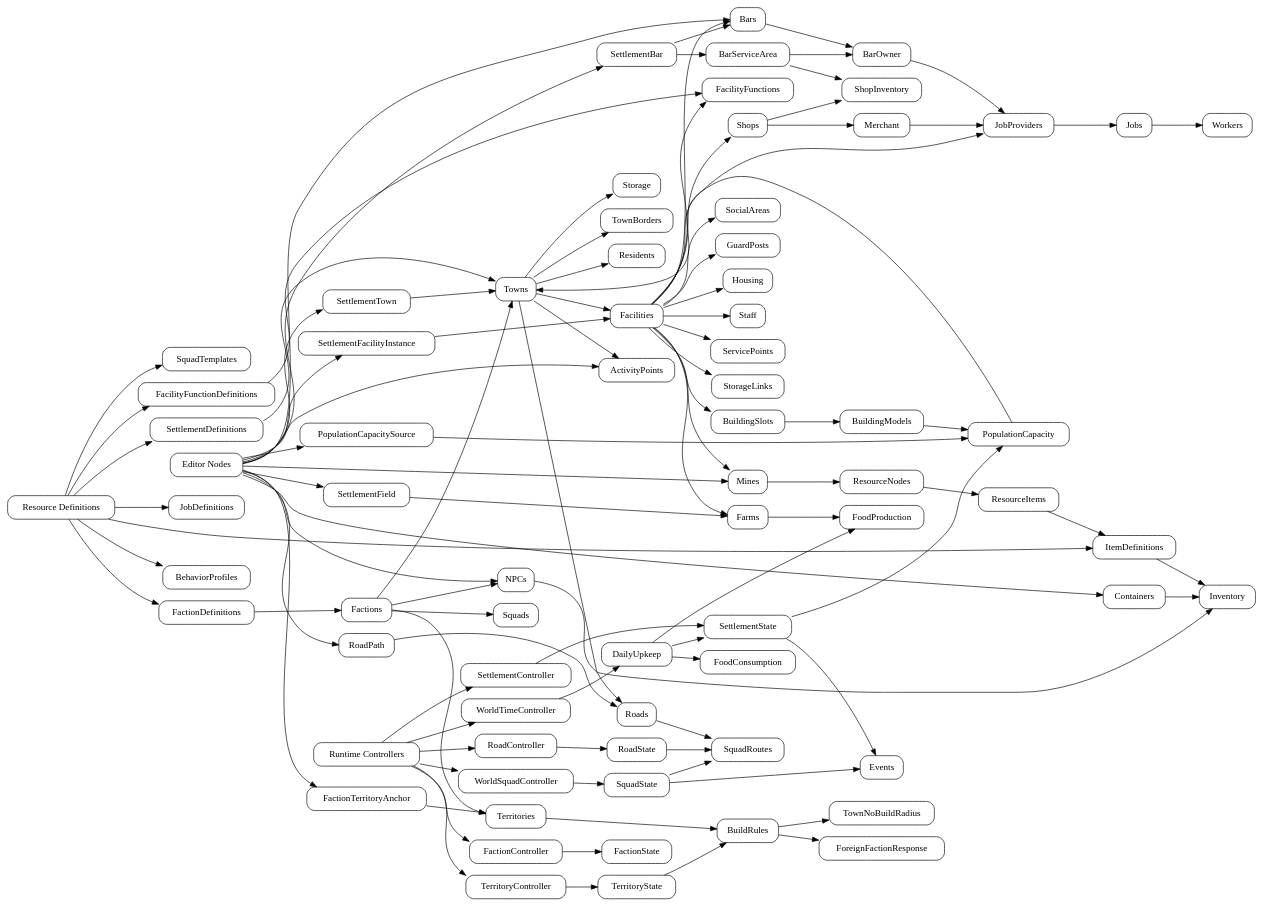
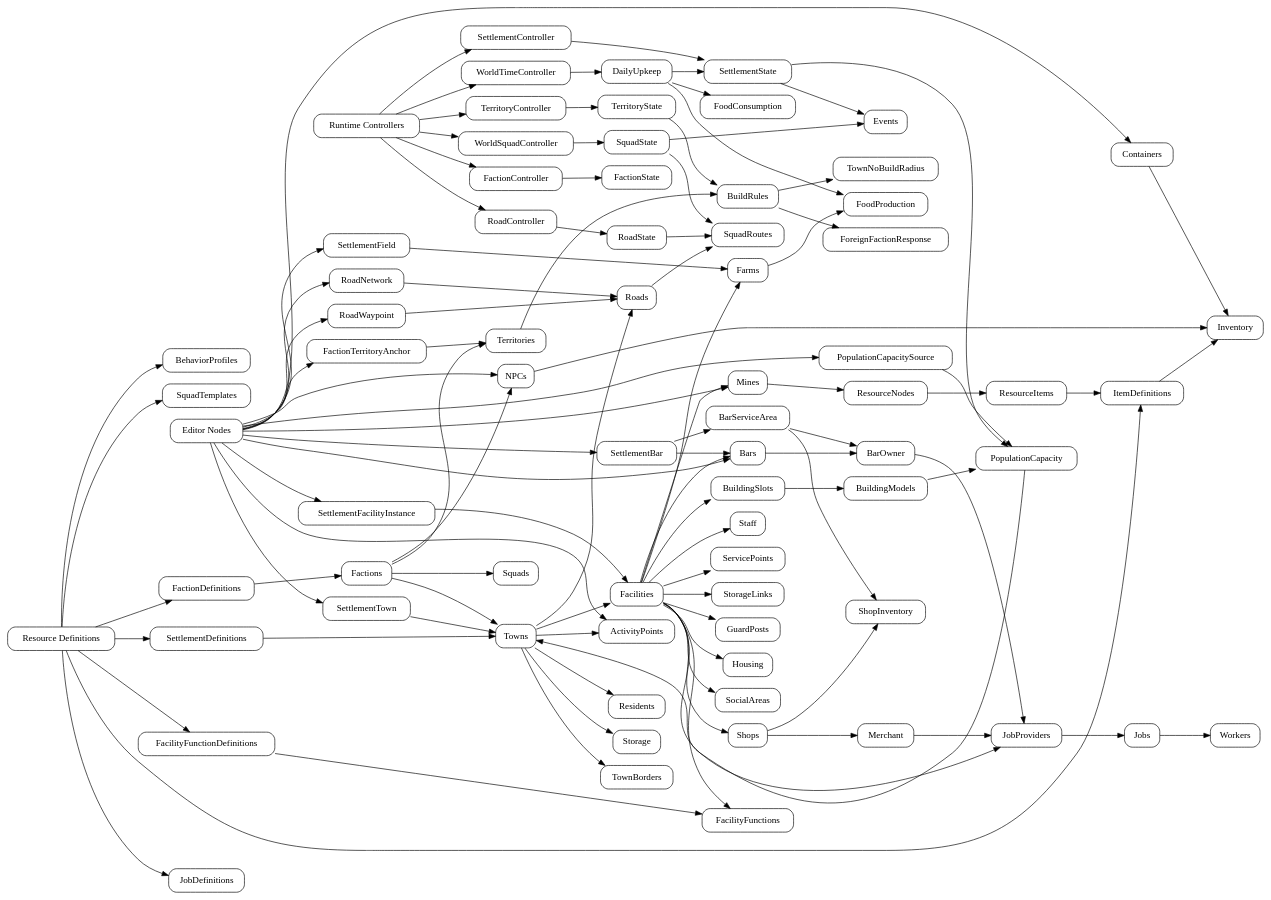
The diagram in architecture/game-data.md (dustinc555/mygame), drawn with Graphviz before and after one commit. The commit also changed other lines of this file and 17 other files, not shown here.

Commit message:
add editor-authored road waypoint graph

```diff
--- a/architecture/game-data.md
+++ b/architecture/game-data.md
@@ -29,7 +29,8 @@
 
   Nodes -> SettlementTown;
   Nodes -> FactionTerritoryAnchor;
-  Nodes -> RoadPath;
+  Nodes -> RoadNetwork;
+  Nodes -> RoadWaypoint;
   Nodes -> PopulationCapacitySource;
   Nodes -> NPCs;
   Nodes -> Containers;
@@ -51,7 +52,8 @@
   BuildRules -> ForeignFactionResponse;
   BuildRules -> TownNoBuildRadius;
 
-  RoadPath -> Roads;
+  RoadNetwork -> Roads;
+  RoadWaypoint -> Roads;
   Roads -> SquadRoutes;
 
   SettlementDefinitions -> Towns;
```
